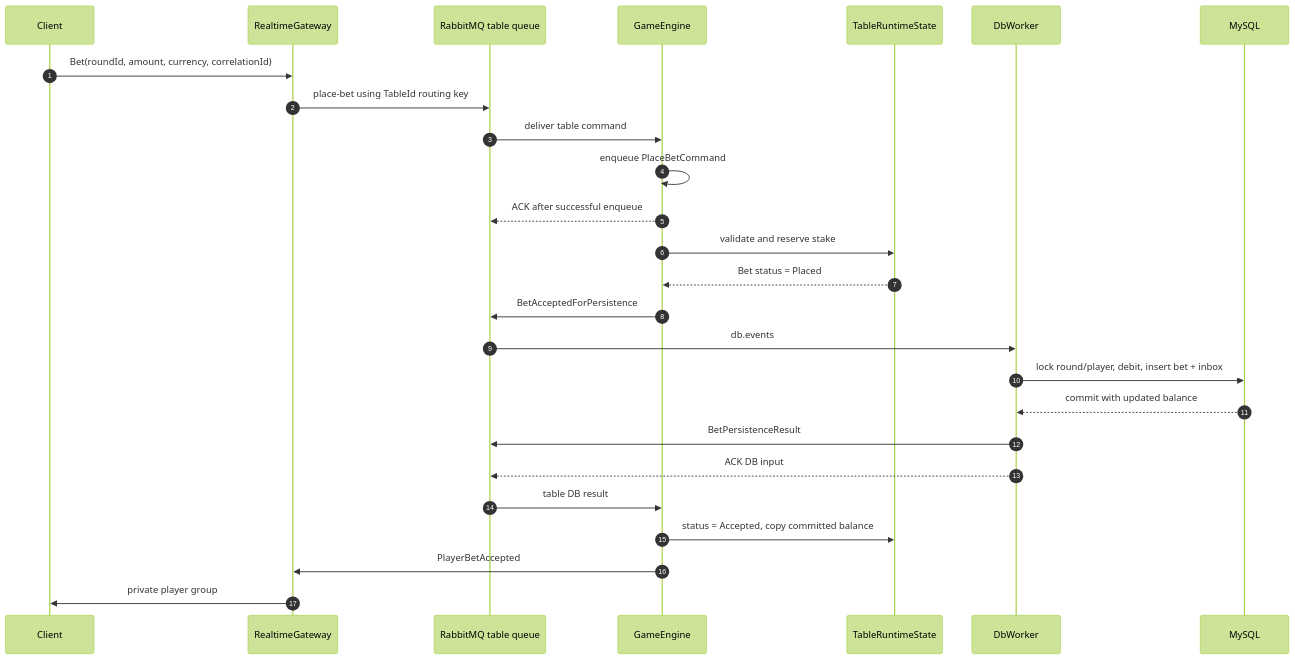
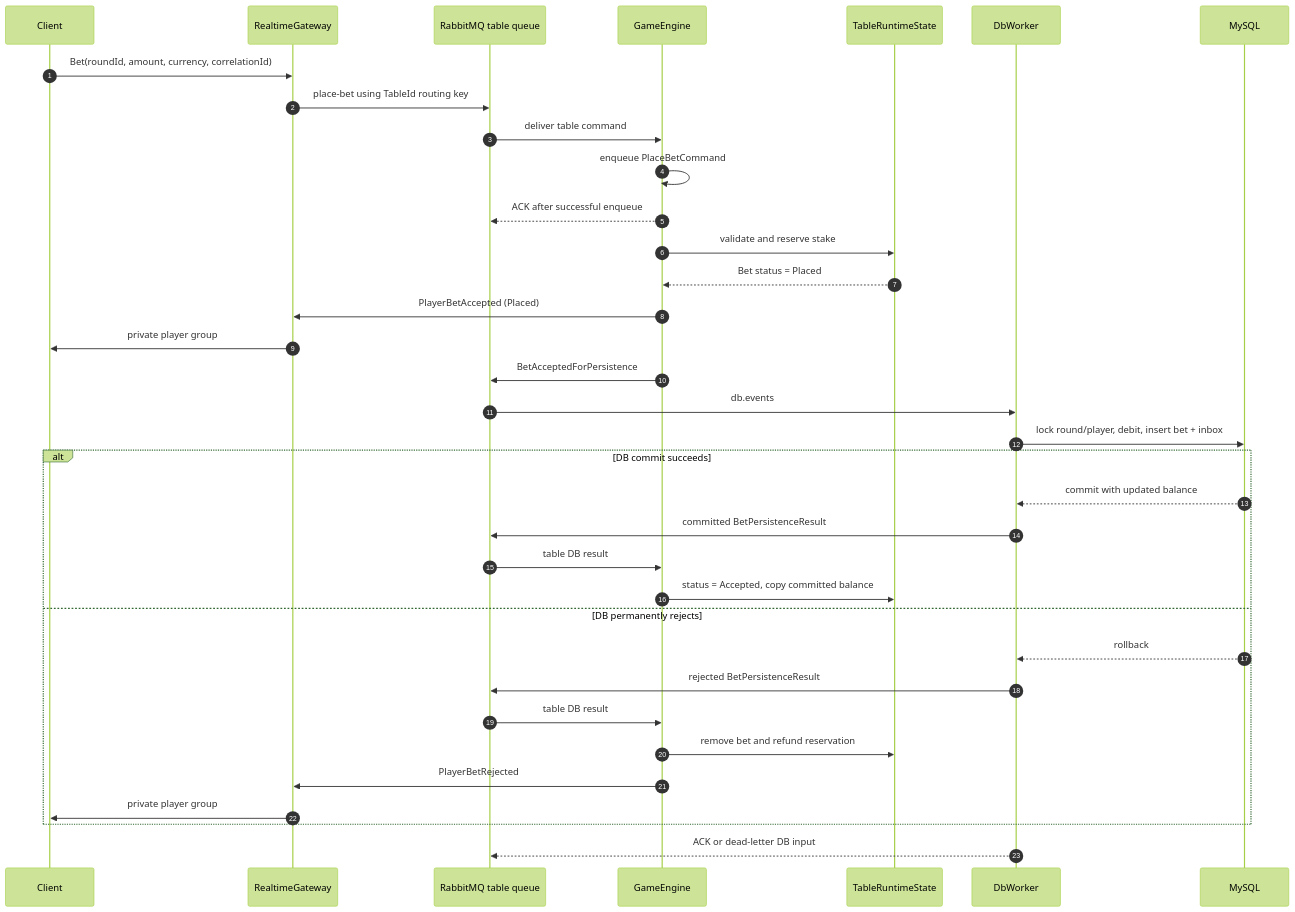
One commit to msHamed1/crash changed the second of 2 diagrams in README.md. Above: the diagram before and after it, drawn with Mermaid (forest theme). The commit also changed other lines of this file and 21 other files, not shown here.

````diff
--- a/README.md
+++ b/README.md
@@ -378,29 +387,38 @@
 ```mermaid
 sequenceDiagram
     autonumber
     participant Client
     participant Gateway as RealtimeGateway
     participant Rabbit as RabbitMQ table queue
     participant Engine as GameEngine
     participant Memory as TableRuntimeState
     participant Worker as DbWorker
     participant DB as MySQL
 
     Client->>Gateway: Bet(roundId, amount, currency, correlationId)
     Gateway->>Rabbit: place-bet using TableId routing key
     Rabbit->>Engine: deliver table command
     Engine->>Engine: enqueue PlaceBetCommand
     Engine-->>Rabbit: ACK after successful enqueue
     Engine->>Memory: validate and reserve stake
     Memory-->>Engine: Bet status = Placed
+    Engine->>Gateway: PlayerBetAccepted (Placed)
+    Gateway->>Client: private player group
     Engine->>Rabbit: BetAcceptedForPersistence
     Rabbit->>Worker: db.events
     Worker->>DB: lock round/player, debit, insert bet + inbox
-    DB-->>Worker: commit with updated balance
-    Worker->>Rabbit: BetPersistenceResult
-    Worker-->>Rabbit: ACK DB input
-    Rabbit->>Engine: table DB result
-    Engine->>Memory: status = Accepted, copy committed balance
-    Engine->>Gateway: PlayerBetAccepted
-    Gateway->>Client: private player group
+    alt DB commit succeeds
+        DB-->>Worker: commit with updated balance
+        Worker->>Rabbit: committed BetPersistenceResult
+        Rabbit->>Engine: table DB result
+        Engine->>Memory: status = Accepted, copy committed balance
+    else DB permanently rejects
+        DB-->>Worker: rollback
+        Worker->>Rabbit: rejected BetPersistenceResult
+        Rabbit->>Engine: table DB result
+        Engine->>Memory: remove bet and refund reservation
+        Engine->>Gateway: PlayerBetRejected
+        Gateway->>Client: private player group
+    end
+    Worker-->>Rabbit: ACK or dead-letter DB input
 ```
````
